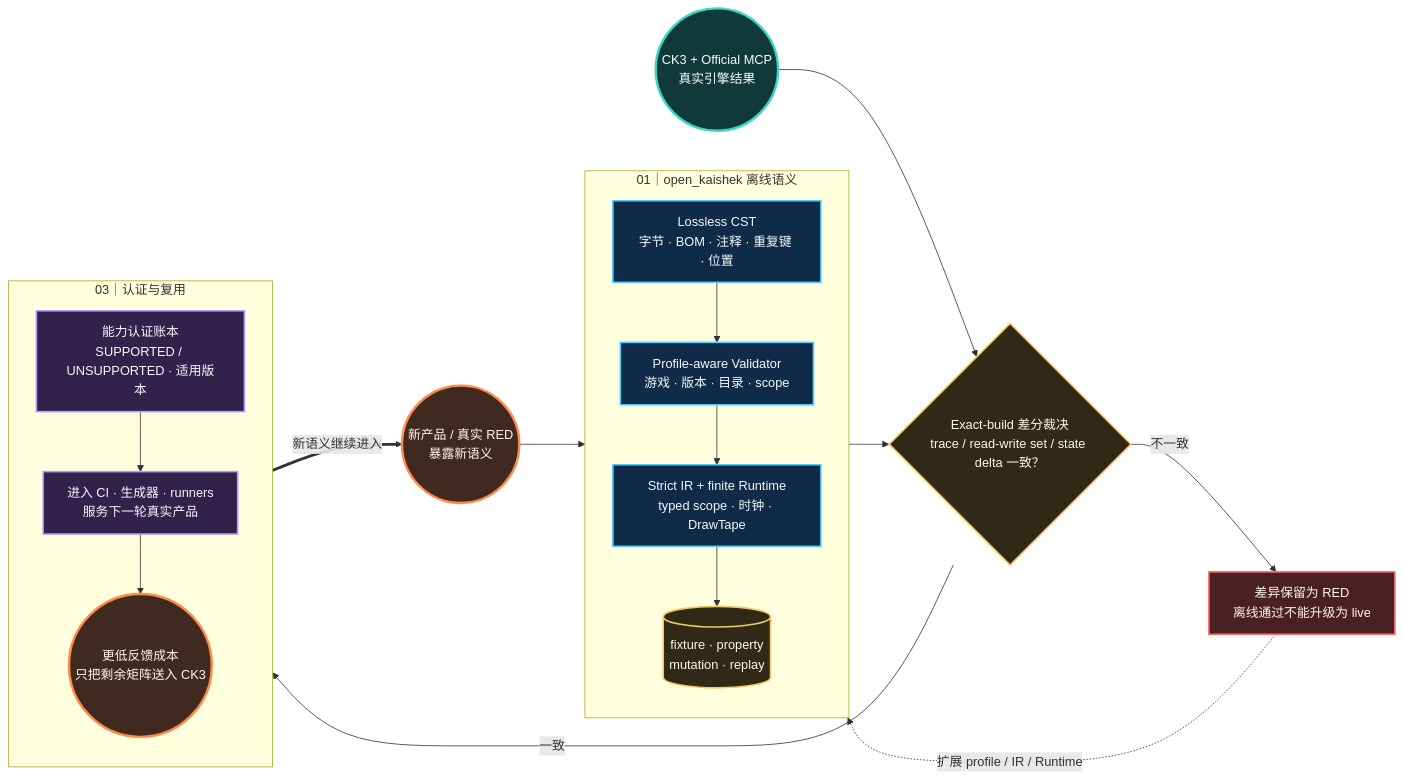
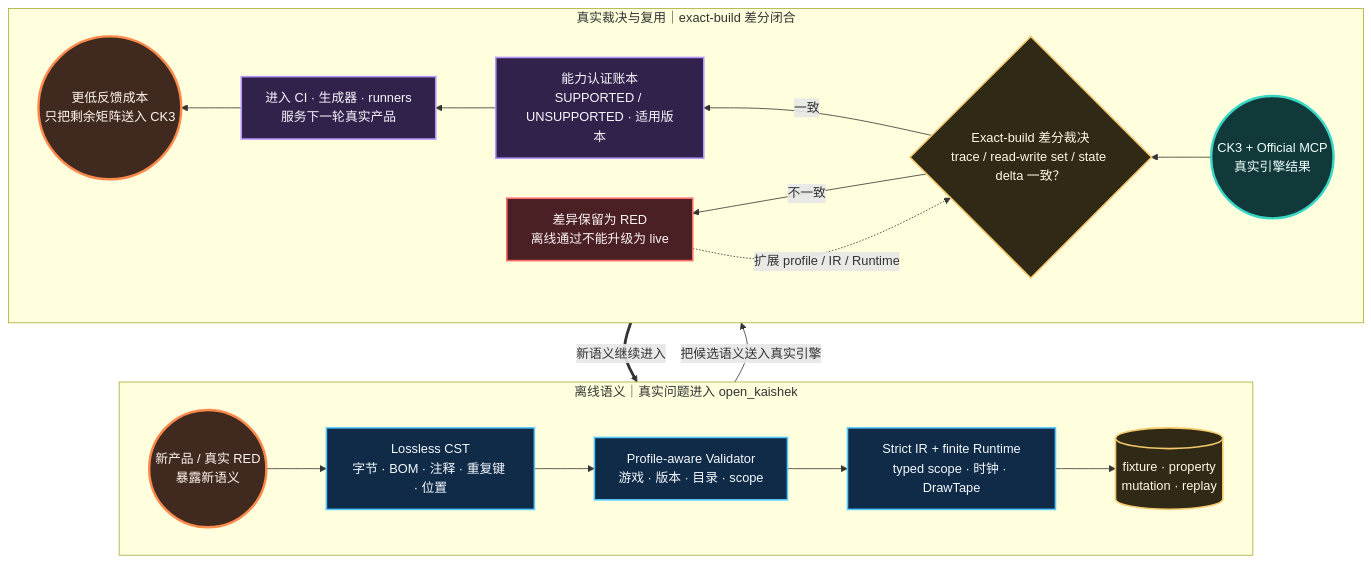
One commit to XenoAmess/ck3_eternal_recurrence changed the diagram in docs/project-causality-architecture/src/04-loop-c-tooling-semantics.mmd. Above: the diagram before and after it, drawn with Mermaid. The commit also changed 51 other files, not shown here.

```diff
--- a/docs/project-causality-architecture/src/04-loop-c-tooling-semantics.mmd
+++ b/docs/project-causality-architecture/src/04-loop-c-tooling-semantics.mmd
@@ -1,44 +1,40 @@
-flowchart LR
-    C1(("新产品 / 真实 RED<br/>暴露新语义"))
-
-    subgraph OPENK["01｜open_kaishek 离线语义"]
-      direction TB
+flowchart TB
+    subgraph SEMANTICS["离线语义｜真实问题进入 open_kaishek"]
+      direction LR
+      C1(("新产品 / 真实 RED<br/>暴露新语义"))
       C2["Lossless CST<br/>字节 · BOM · 注释 · 重复键 · 位置"]
       C3["Profile-aware Validator<br/>游戏 · 版本 · 目录 · scope"]
       C4["Strict IR + finite Runtime<br/>typed scope · 时钟 · DrawTape"]
       C5[("fixture · property<br/>mutation · replay")]
-      C2 --> C3 --> C4 --> C5
+      C1 --> C2 --> C3 --> C4 --> C5
     end
 
-    C6{"Exact-build 差分裁决<br/>trace / read-write set / state delta 一致？"}
-    CK3(("CK3 + Official MCP<br/>真实引擎结果"))
-    RED["差异保留为 RED<br/>离线通过不能升级为 live"]
-
-    subgraph REUSE["03｜认证与复用"]
-      direction TB
+    subgraph CERTIFY["真实裁决与复用｜exact-build 差分闭合"]
+      direction RL
+      CK3(("CK3 + Official MCP<br/>真实引擎结果"))
+      C6{"Exact-build 差分裁决<br/>trace / read-write set / state delta 一致？"}
+      RED["差异保留为 RED<br/>离线通过不能升级为 live"]
       C7["能力认证账本<br/>SUPPORTED / UNSUPPORTED · 适用版本"]
       C8["进入 CI · 生成器 · runners<br/>服务下一轮真实产品"]
       C9(("更低反馈成本<br/>只把剩余矩阵送入 CK3"))
-      C7 --> C8 --> C9
+      CK3 --> C6
+      C6 -- "一致" --> C7 --> C8 --> C9
+      C6 -- "不一致" --> RED
+      RED -. "扩展 profile / IR / Runtime" .-> C6
     end
 
-    C1 --> C2
-    C5 --> C6
-    CK3 --> C6
-    C6 -- "一致" --> C7
-    C6 -- "不一致" --> RED
-    RED -. "扩展 profile / IR / Runtime" .-> C2
-    C9 == "新语义继续进入" ==> C1
+    SEMANTICS -- "把候选语义送入真实引擎" --> CERTIFY
+    CERTIFY == "新语义继续进入" ==> SEMANTICS
 
     class C1,C9 loop;
     class C2,C3,C4 tool;
     class C5,C6 verify;
     class CK3 live;
     class C7,C8 reuse;
     class RED red;
     classDef loop fill:#402a1f,stroke:#ff8a4c,color:#fff6ef,stroke-width:3px;
     classDef tool fill:#102b47,stroke:#55c8ff,color:#f4f8ff,stroke-width:2px;
     classDef verify fill:#302916,stroke:#f3c96b,color:#fff8e7,stroke-width:2px;
     classDef live fill:#123939,stroke:#38d6c5,color:#effffd,stroke-width:3px;
     classDef reuse fill:#31224b,stroke:#b796ff,color:#faf6ff,stroke-width:2px;
     classDef red fill:#4b2024,stroke:#ff6b6b,color:#fff5f5,stroke-width:2px;
```
